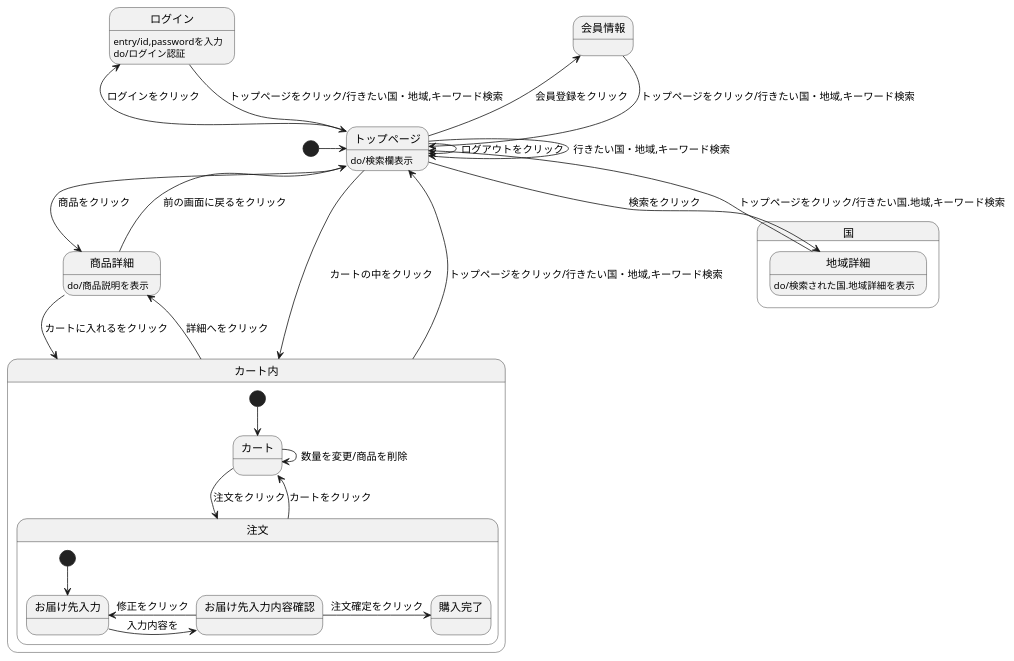
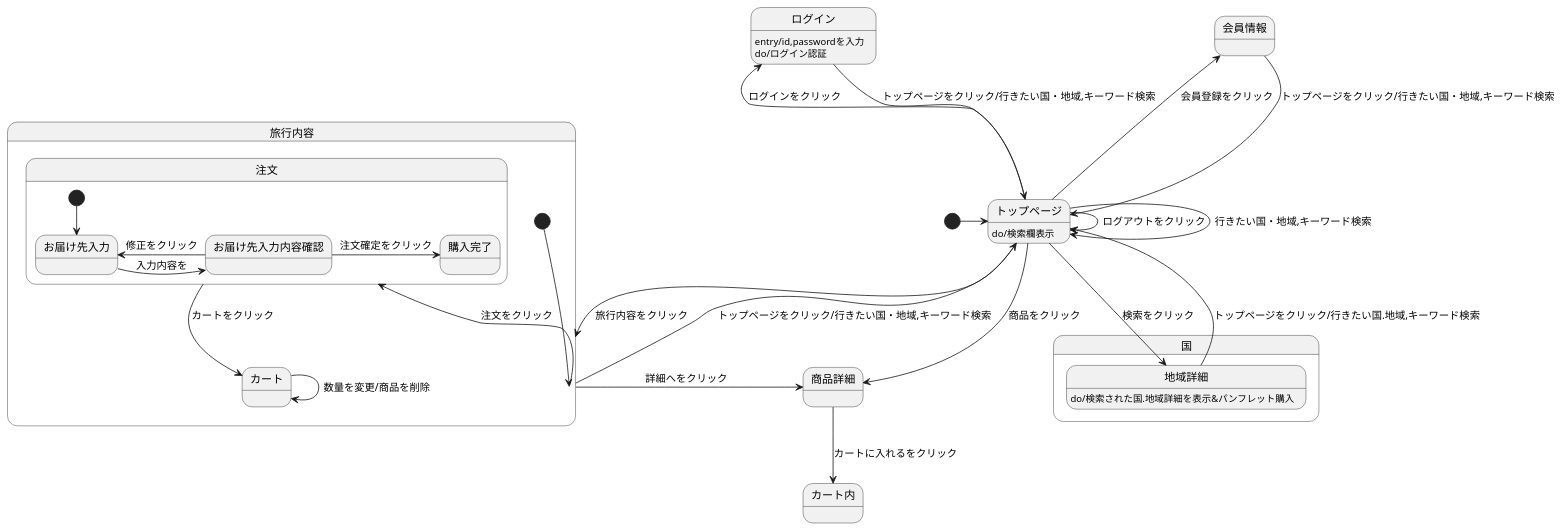
The diagram in kadai8.md (Aso2001195/2021sys-design), drawn with PlantUML before and after one commit.

````diff
--- a/kadai8.md
+++ b/kadai8.md
@@ -1,37 +1,35 @@
 ```uml
 @startuml
 [*] -> トップページ
 会員情報 --> トップページ :トップページをクリック/行きたい国・地域,キーワード検索
 ログイン --> トップページ :トップページをクリック/行きたい国・地域,キーワード検索
 ログイン :entry/id,passwordを入力
 ログイン :do/ログイン認証
 トップページ -> トップページ :ログアウトをクリック
 トップページ -> トップページ :行きたい国・地域,キーワード検索
 国.地域詳細 -->トップページ :トップページをクリック/行きたい国.地域,キーワード検索
-国.地域詳細 :do/検索された国.地域詳細を表示
+国.地域詳細 :do/検索された国.地域詳細を表示&パンフレット購入
 トップページ --> 国.地域詳細 :検索をクリック
 トップページ -> 商品詳細 :商品をクリック
 トップページ -left-> 会員情報 :会員登録をクリック
 トップページ -left-> ログイン :ログインをクリック
-トップページ -> カート内 :カートの中をクリック
+トップページ -> 旅行内容 :旅行内容をクリック
 トップページ : do/検索欄表示
 商品詳細 --> カート内 :カートに入れるをクリック
-商品詳細 --> トップページ :前の画面に戻るをクリック
-商品詳細 :do/商品説明を表示
-カート内 -up-> トップページ :トップページをクリック/行きたい国・地域,キーワード検索
-カート内 ->商品詳細 :詳細へをクリック
+旅行内容 -up-> トップページ :トップページをクリック/行きたい国・地域,キーワード検索
+旅行内容 ->商品詳細 :詳細へをクリック
 
-state カート内{
-[*] --> カート
-カート -> 注文 :注文をクリック
+state 旅行内容{
+[*] --> 旅行内容
+旅行内容 -> 注文 :注文をクリック
 カート -> カート :数量を変更/商品を削除
 注文 --> カート :カートをクリック
 state 注文{
  [*] --> お届け先入力
  お届け先入力 -> お届け先入力内容確認 :入力内容を
  お届け先入力内容確認 -> お届け先入力 :修正をクリック
  お届け先入力内容確認 -> 購入完了 :注文確定をクリック
  }
 }
 @enduml
 ```
````
